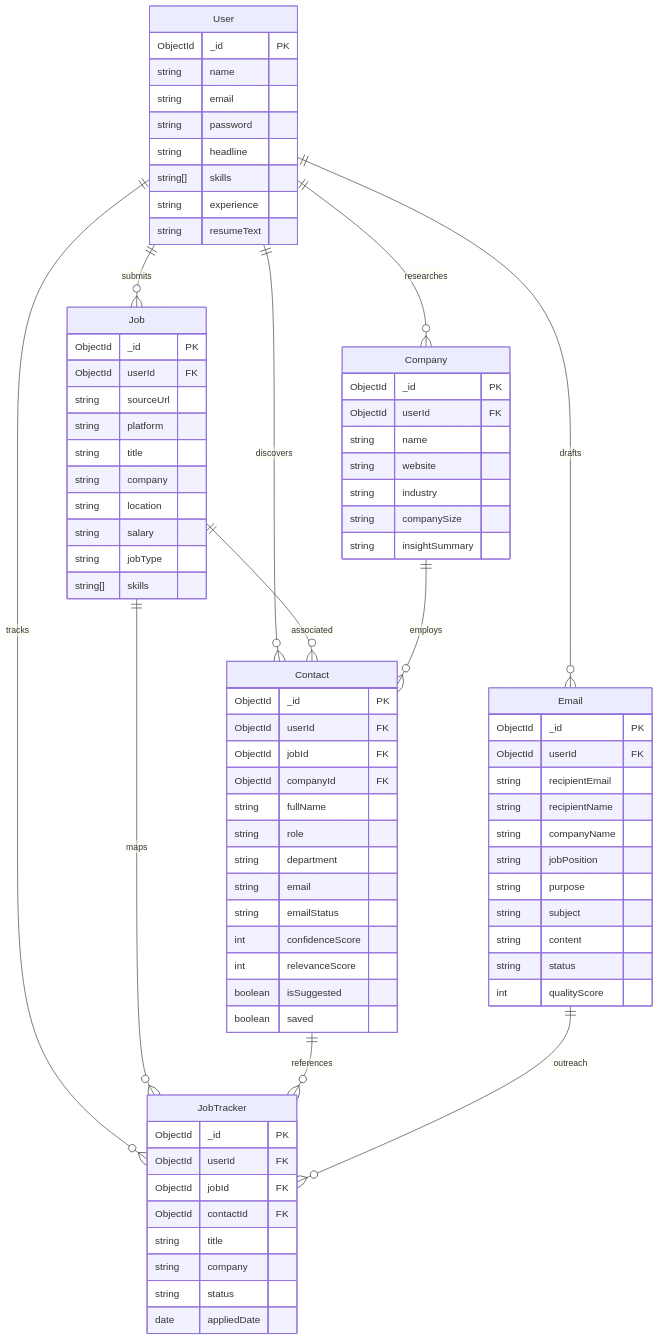
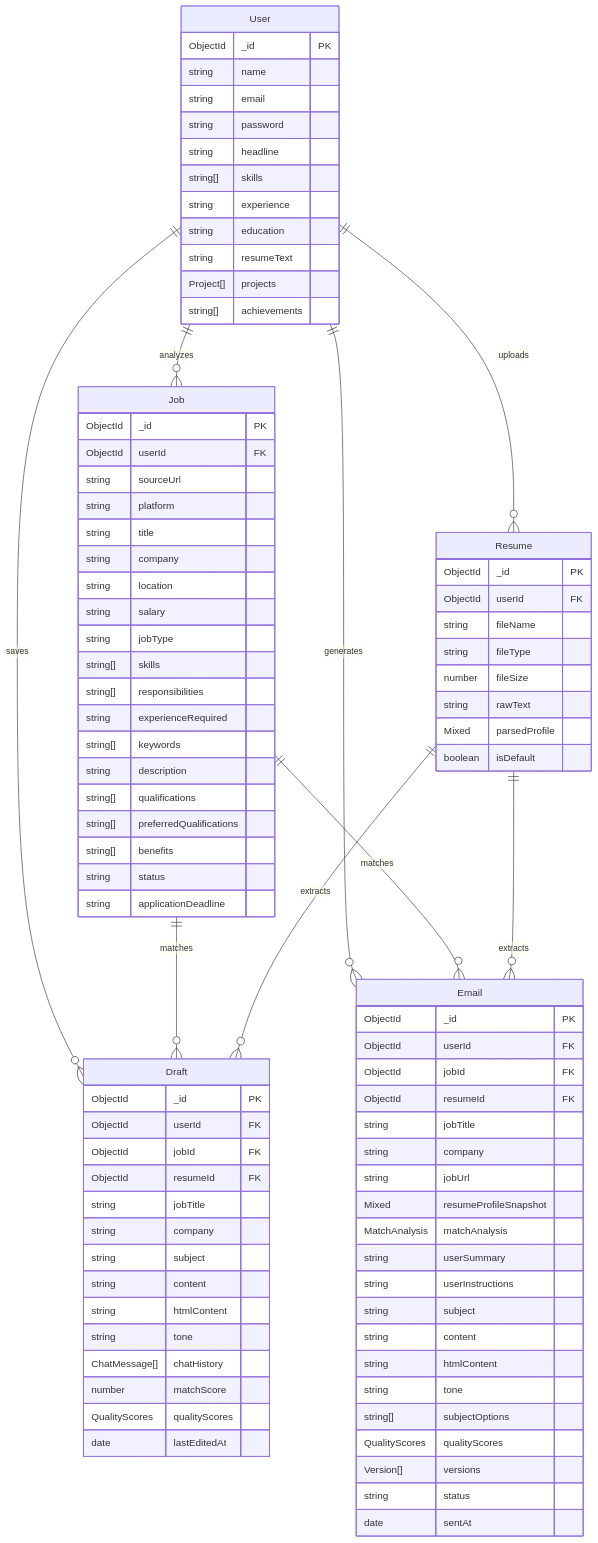
Before and after one commit to tamal006/cold-email-ai-agent: the diagram in docs/DATABASE_SCHEMA.md, drawn with Mermaid. The commit also changed other lines of this file and 107 other files, not shown here.

````diff
--- a/docs/DATABASE_SCHEMA.md
+++ b/docs/DATABASE_SCHEMA.md
@@ -14,7 +18,20 @@
         string headline
         string[] skills
         string experience
+        string education
         string resumeText
+        Project[] projects
+        string[] achievements
+    }
+    Resume {
+        ObjectId _id PK
+        ObjectId userId FK
+        string fileName
+        string fileType
+        number fileSize
+        string rawText
+        Mixed parsedProfile
+        boolean isDefault
     }
     Job {
         ObjectId _id PK
@@ -27,64 +44,62 @@
         string salary
         string jobType
         string[] skills
+        string[] responsibilities
+        string experienceRequired
+        string[] keywords
+        string description
+        string[] qualifications
+        string[] preferredQualifications
+        string[] benefits
+        string status
+        string applicationDeadline
     }
-    Company {
-        ObjectId _id PK
-        ObjectId userId FK
-        string name
-        string website
-        string industry
-        string companySize
-        string insightSummary
-    }
-    Contact {
+    Draft {
         ObjectId _id PK
         ObjectId userId FK
         ObjectId jobId FK
-        ObjectId companyId FK
-        string fullName
-        string role
-        string department
-        string email
-        string emailStatus
-        int confidenceScore
-        int relevanceScore
-        boolean isSuggested
-        boolean saved
+        ObjectId resumeId FK
+        string jobTitle
+        string company
+        string subject
+        string content
+        string htmlContent
+        string tone
+        ChatMessage[] chatHistory
+        number matchScore
+        QualityScores qualityScores
+        date lastEditedAt
     }
     Email {
         ObjectId _id PK
         ObjectId userId FK
-        string recipientEmail
-        string recipientName
-        string companyName
-        string jobPosition
-        string purpose
+        ObjectId jobId FK
+        ObjectId resumeId FK
+        string jobTitle
+        string company
+        string jobUrl
+        Mixed resumeProfileSnapshot
+        MatchAnalysis matchAnalysis
+        string userSummary
+        string userInstructions
         string subject
         string content
+        string htmlContent
+        string tone
+        string[] subjectOptions
+        QualityScores qualityScores
+        Version[] versions
         string status
-        int qualityScore
-    }
-    JobTracker {
-        ObjectId _id PK
-        ObjectId userId FK
-        ObjectId jobId FK
-        ObjectId contactId FK
-        string title
-        string company
-        string status
-        date appliedDate
+        date sentAt
     }
 
-    User ||--o{ Job : submits
-    User ||--o{ Company : researches
-    User ||--o{ Contact : discovers
-    User ||--o{ Email : drafts
-    User ||--o{ JobTracker : tracks
+    User ||--o{ Resume : uploads
+    User ||--o{ Job : analyzes
+    User ||--o{ Draft : saves
+    User ||--o{ Email : generates
 
-    Job ||--o{ Contact : associated
-    Job ||--o{ JobTracker : maps
-    Company ||--o{ Contact : employs
-    Contact ||--o{ JobTracker : references
-    Email ||--o{ JobTracker : outreach
+    Job ||--o{ Draft : matches
+    Job ||--o{ Email : matches
+    Resume ||--o{ Draft : extracts
+    Resume ||--o{ Email : extracts
 ```
````
